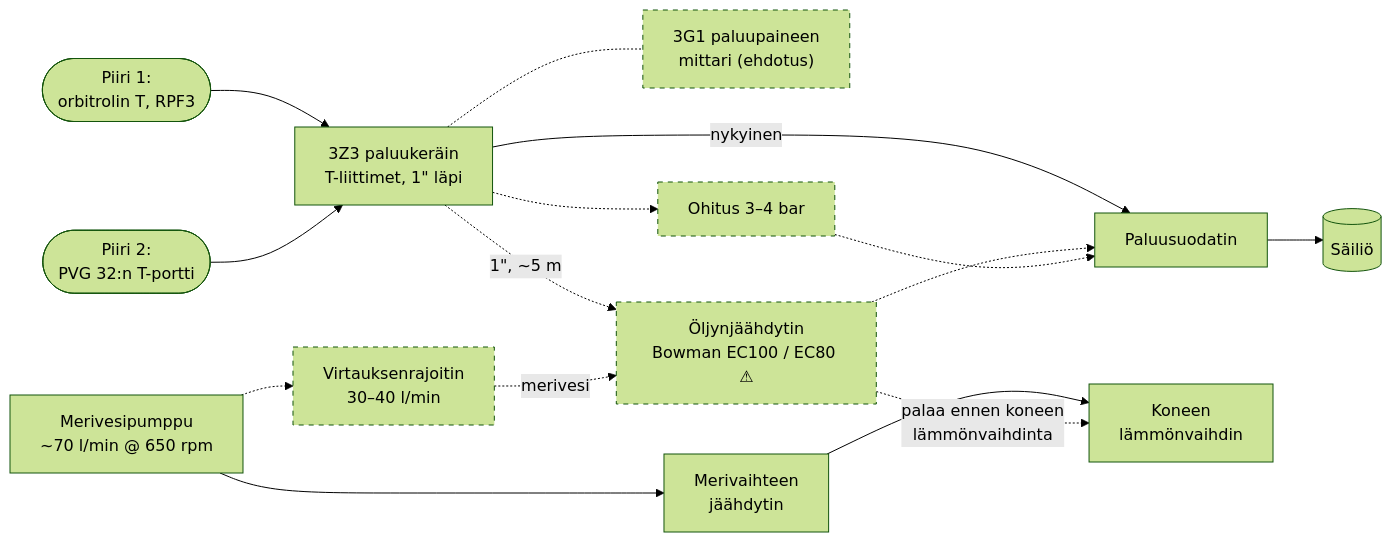
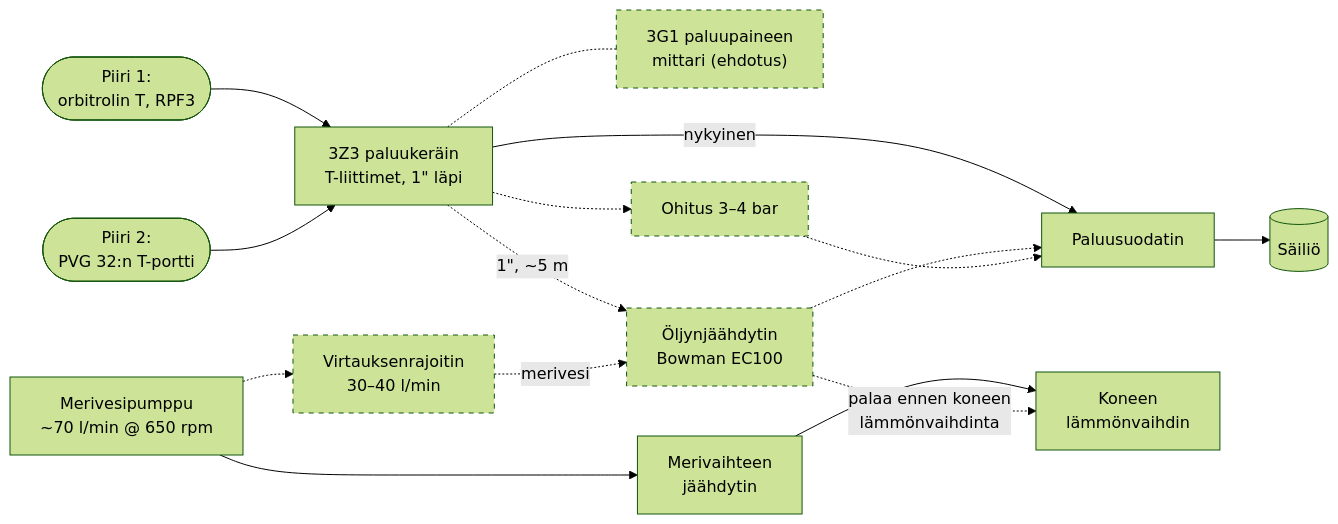
One commit to plektra/vega-systems changed the third of 3 diagrams in hydraulics/schematic.md. Above: the diagram before and after it, drawn with Mermaid (forest theme). The commit also changed other lines of this file and 4 other files, not shown here.

````diff
--- a/hydraulics/schematic.md
+++ b/hydraulics/schematic.md
@@ -175,30 +175,30 @@
 ```mermaid
 flowchart LR
   R1(["Piiri 1:<br/>orbitrolin T, RPF3"])
   R2(["Piiri 2:<br/>PVG 32:n T-portti"])
   RET["3Z3 paluukeräin<br/>T-liittimet, 1#quot; läpi"]
   GAU["3G1 paluupaineen<br/>mittari (ehdotus)"]
-  COOL["Öljynjäähdytin<br/>Bowman EC100 / EC80 ⚠"]
+  COOL["Öljynjäähdytin<br/>Bowman EC100"]
   BYP["Ohitus 3–4 bar"]
   FILT["Paluusuodatin"]
   TANK[("Säiliö")]
   RWP["Merivesipumppu<br/>~70 l/min @ 650 rpm"]
   LIM["Virtauksenrajoitin<br/>30–40 l/min"]
   GBC["Merivaihteen<br/>jäähdytin"]
   EHX["Koneen<br/>lämmönvaihdin"]
 
   R1 --> RET
   R2 --> RET
   RET -.- GAU
   RET -->|nykyinen| FILT
   RET -.->|"1#quot;, ~5 m"| COOL -.-> FILT
   RET -.-> BYP -.-> FILT
   FILT --> TANK
 
   RWP --> GBC --> EHX
   RWP -.-> LIM -.->|merivesi| COOL
   COOL -.->|"palaa ennen koneen<br/>lämmönvaihdinta"| EHX
 
   classDef planned stroke-dasharray: 5 5
   class COOL,BYP,LIM,GAU planned
 ```
````
